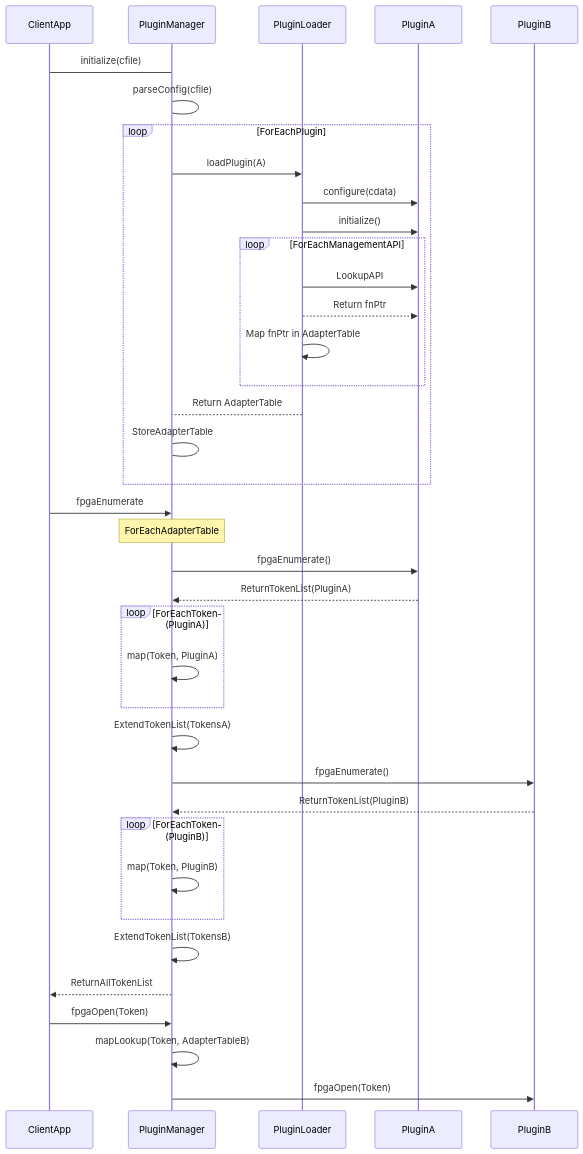
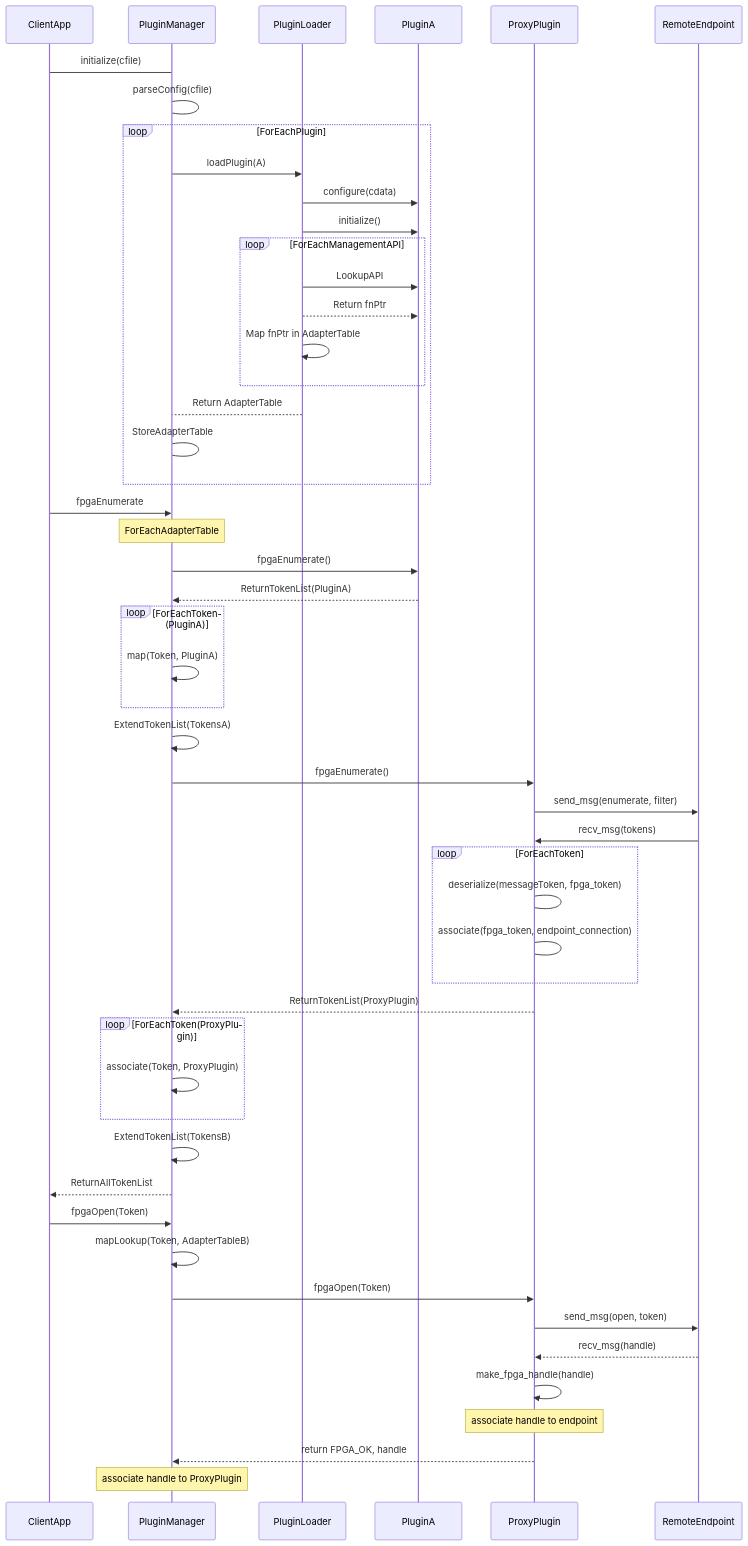
One commit to OFS/opae-sdk changed the diagram in plugin/README.md. Above: the diagram before and after it, drawn with Mermaid.

Commit message:
Add more sequences to diagram

````diff
--- a/plugin/README.md
+++ b/plugin/README.md
@@ -56,39 +56,50 @@
 ```mermaid
 sequenceDiagram
     participant ClientApp
     ClientApp->PluginManager: initialize(cfile)
     participant PluginManager
     PluginManager->PluginManager: parseConfig(cfile)
     loop ForEachPlugin
         PluginManager->>PluginLoader: loadPlugin(A)
         PluginLoader->>PluginA: configure(cdata)
         PluginLoader->>PluginA: initialize()
         loop ForEachManagementAPI
             PluginLoader->>PluginA: LookupAPI
             PluginLoader-->>PluginA: Return fnPtr
             PluginLoader->>PluginLoader: Map fnPtr in AdapterTable
         end
         PluginLoader-->PluginManager: Return AdapterTable
         PluginManager->PluginManager: StoreAdapterTable
     end
     ClientApp->>PluginManager: fpgaEnumerate
     Note over PluginManager: ForEachAdapterTable
     PluginManager->>PluginA: fpgaEnumerate()
     PluginA-->>PluginManager: ReturnTokenList(PluginA)
     loop ForEachToken(PluginA)
         PluginManager->>PluginManager: map(Token, PluginA)
     end
     PluginManager->>PluginManager: ExtendTokenList(TokensA)
-    PluginManager->>PluginB: fpgaEnumerate()
-    PluginB-->>PluginManager: ReturnTokenList(PluginB)
-    loop ForEachToken(PluginB)
-        PluginManager->>PluginManager: map(Token, PluginB)
+    PluginManager->>ProxyPlugin: fpgaEnumerate()
+    ProxyPlugin->>RemoteEndpoint: send_msg(enumerate, filter)
+    RemoteEndpoint->>ProxyPlugin: recv_msg(tokens)
+    loop ForEachToken
+        ProxyPlugin->ProxyPlugin:deserialize(messageToken, fpga_token)
+        ProxyPlugin->ProxyPlugin:associate(fpga_token, endpoint_connection)
+    end
+    ProxyPlugin-->>PluginManager: ReturnTokenList(ProxyPlugin)
+    loop ForEachToken(ProxyPlugin)
+        PluginManager->>PluginManager: associate(Token, ProxyPlugin)
     end
     PluginManager->>PluginManager: ExtendTokenList(TokensB)
     PluginManager-->>ClientApp: ReturnAllTokenList
 
     ClientApp->>PluginManager: fpgaOpen(Token)
     PluginManager->>PluginManager: mapLookup(Token, AdapterTableB)
-    PluginManager->>PluginB: fpgaOpen(Token)
-
+    PluginManager->>ProxyPlugin: fpgaOpen(Token)
+    ProxyPlugin->>RemoteEndpoint: send_msg(open, token)
+    RemoteEndpoint-->>ProxyPlugin: recv_msg(handle)
+    ProxyPlugin->>ProxyPlugin: make_fpga_handle(handle)
+    Note over ProxyPlugin: associate handle to endpoint 
+    ProxyPlugin-->>PluginManager: return FPGA_OK, handle
+    Note over PluginManager: associate handle to ProxyPlugin
 ```
````
